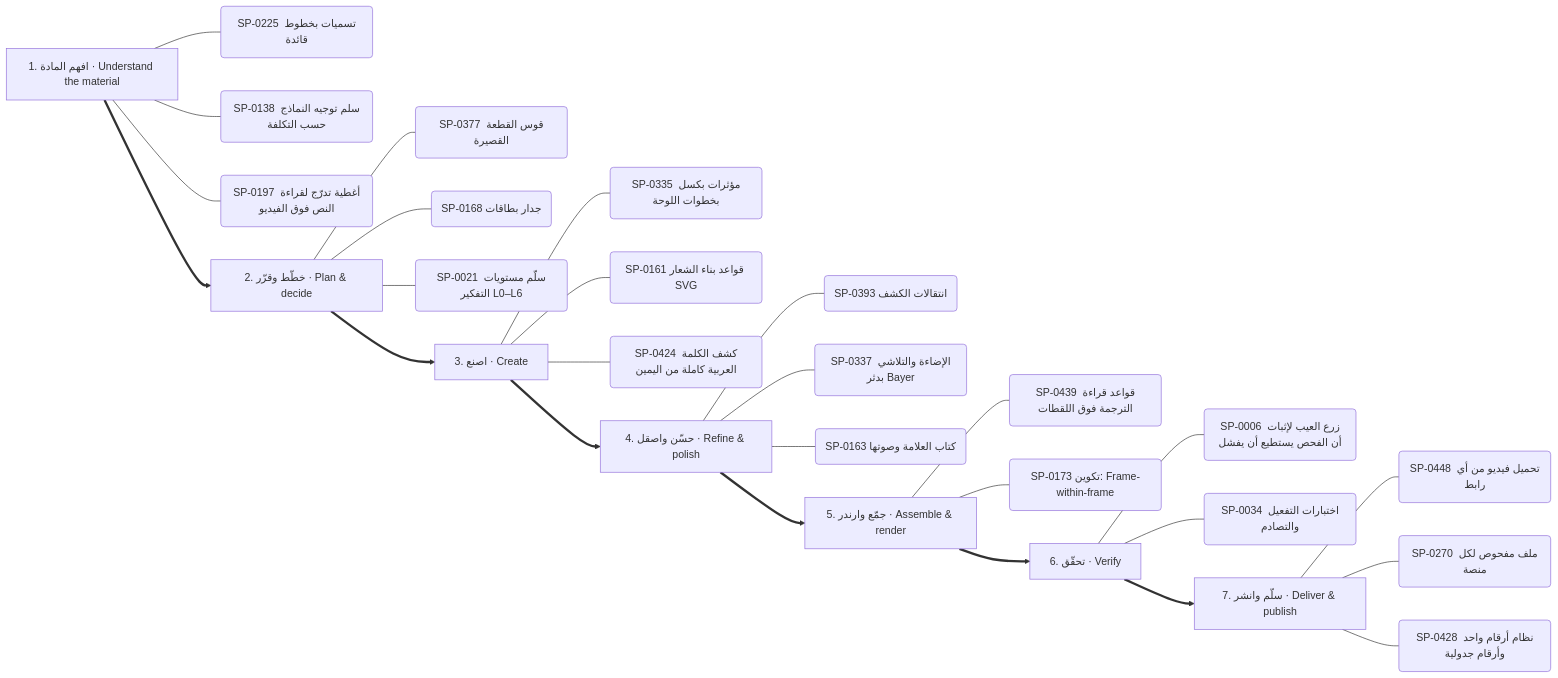
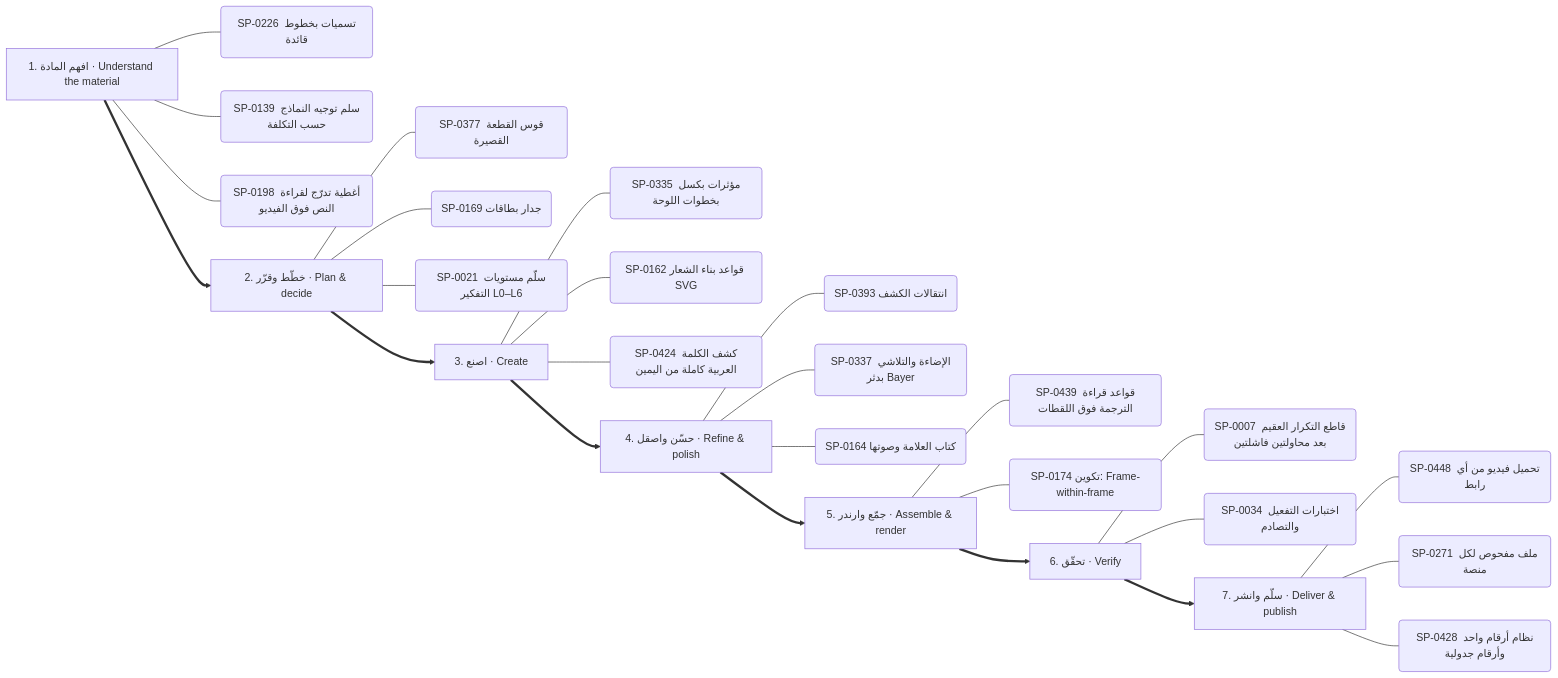
One commit to kosif199022-jpg/kosif-tool changed the sixth of 13 diagrams in .claude/skills/kosif-superpowers/references/capability-mindmap.md. Above: the diagram before and after it, drawn with Mermaid. The commit also changed other lines of this file and 51 other files, not shown here.

````diff
--- a/.claude/skills/kosif-superpowers/references/capability-mindmap.md
+++ b/.claude/skills/kosif-superpowers/references/capability-mindmap.md
@@ -313,35 +313,35 @@
 ```mermaid
 flowchart LR
   S0["1. افهم المادة · Understand the material"]
-  S0 --- S0_0("SP-0225 تسميات بخطوط قائدة")
-  S0 --- S0_1("SP-0138 سلم توجيه النماذج حسب التكلفة")
-  S0 --- S0_2("SP-0197 أغطية تدرّج لقراءة النص فوق الفيديو")
+  S0 --- S0_0("SP-0226 تسميات بخطوط قائدة")
+  S0 --- S0_1("SP-0139 سلم توجيه النماذج حسب التكلفة")
+  S0 --- S0_2("SP-0198 أغطية تدرّج لقراءة النص فوق الفيديو")
   S1["2. خطّط وقرّر · Plan & decide"]
   S1 --- S1_0("SP-0377 قوس القطعة القصيرة")
-  S1 --- S1_1("SP-0168 جدار بطاقات")
+  S1 --- S1_1("SP-0169 جدار بطاقات")
   S1 --- S1_2("SP-0021 سلّم مستويات التفكير L0–L6")
   S0 ==> S1
   S2["3. اصنع · Create"]
   S2 --- S2_0("SP-0335 مؤثرات بكسل بخطوات اللوحة")
-  S2 --- S2_1("SP-0161 قواعد بناء الشعار SVG")
+  S2 --- S2_1("SP-0162 قواعد بناء الشعار SVG")
   S2 --- S2_2("SP-0424 كشف الكلمة العربية كاملة من اليمين")
   S1 ==> S2
   S3["4. حسّن واصقل · Refine & polish"]
   S3 --- S3_0("SP-0393 انتقالات الكشف")
   S3 --- S3_1("SP-0337 الإضاءة والتلاشي بدثر Bayer")
-  S3 --- S3_2("SP-0163 كتاب العلامة وصوتها")
+  S3 --- S3_2("SP-0164 كتاب العلامة وصوتها")
   S2 ==> S3
   S4["5. جمّع وارندر · Assemble & render"]
   S4 --- S4_0("SP-0439 قواعد قراءة الترجمة فوق اللقطات")
-  S4 --- S4_1("SP-0173 تكوين: Frame-within-frame")
+  S4 --- S4_1("SP-0174 تكوين: Frame-within-frame")
   S3 ==> S4
   S5["6. تحقّق · Verify"]
-  S5 --- S5_0("SP-0006 زرع العيب لإثبات أن الفحص يستطيع أن يفشل")
+  S5 --- S5_0("SP-0007 قاطع التكرار العقيم بعد محاولتين فاشلتين")
   S5 --- S5_1("SP-0034 اختبارات التفعيل والتصادم")
   S4 ==> S5
   S6["7. سلّم وانشر · Deliver & publish"]
   S6 --- S6_0("SP-0448 تحميل فيديو من أي رابط")
-  S6 --- S6_1("SP-0270 ملف مفحوص لكل منصة")
+  S6 --- S6_1("SP-0271 ملف مفحوص لكل منصة")
   S6 --- S6_2("SP-0428 نظام أرقام واحد وأرقام جدولية")
   S5 ==> S6
 ```
````
